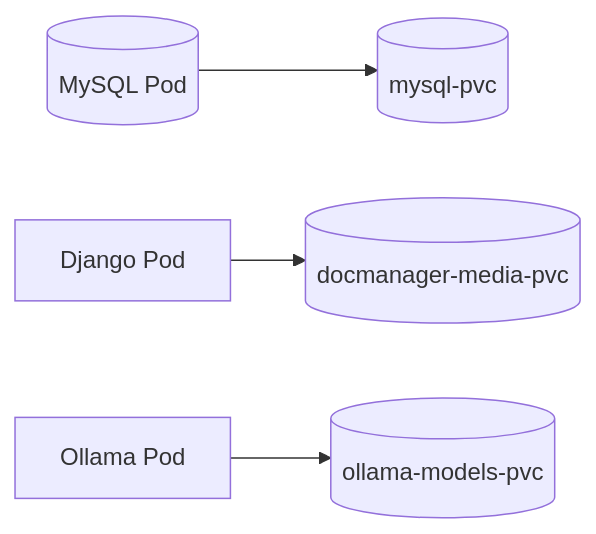
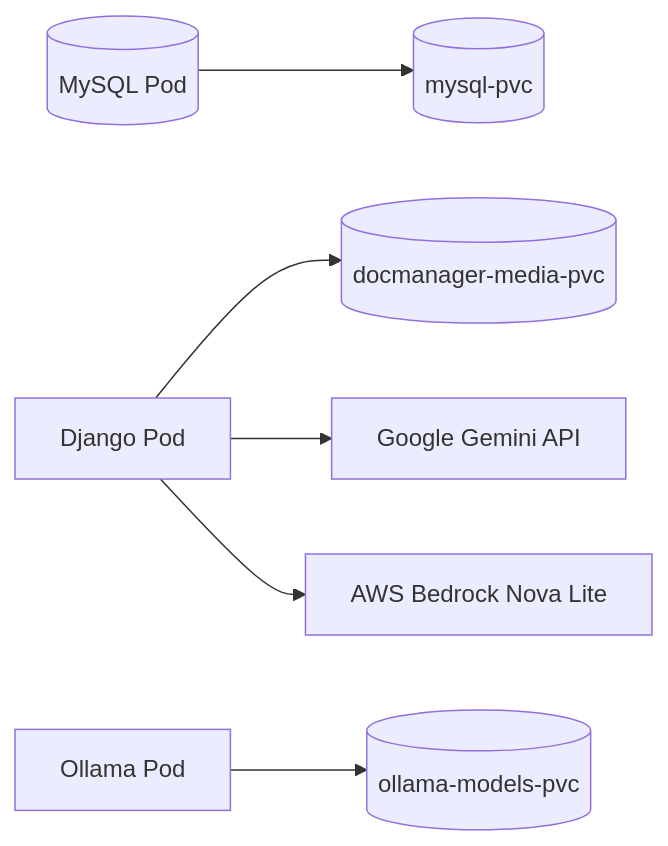
One commit to khaliqueaws-creator/document-management changed the third of 3 diagrams in docs/deployment.md. Above: the diagram before and after it, drawn with Mermaid. The commit also changed other lines of this file and 4 other files, not shown here.

Commit message:
Update architecture docs for Bedrock

````diff
--- a/docs/deployment.md
+++ b/docs/deployment.md
@@ -89,6 +104,8 @@
 ```mermaid
 flowchart LR
     MySQL[(MySQL Pod)] --> DBPVC[(mysql-pvc)]
     Django[Django Pod] --> MediaPVC[(docmanager-media-pvc)]
     Ollama[Ollama Pod] --> ModelPVC[(ollama-models-pvc)]
+    Django --> Gemini[Google Gemini API]
+    Django --> Bedrock[AWS Bedrock Nova Lite]
 ```
````
